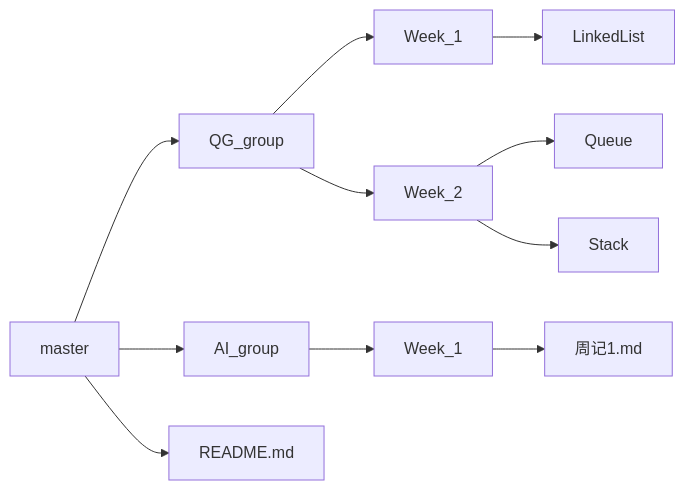
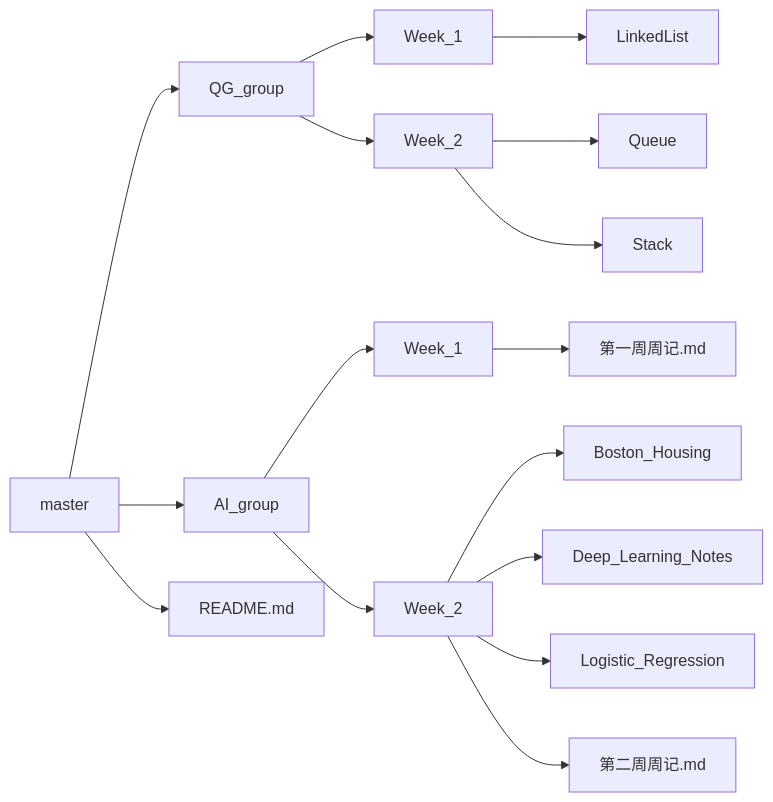
Before and after one commit to sevanthea7/QG_training_camp: the diagram in README.md, drawn with Mermaid.

````diff
--- a/README.md
+++ b/README.md
@@ -1,13 +1,18 @@
 ```mermaid
 graph LR
 master --> QG_group
 master --> AI_group
 master --> README.md
 QG_group --> 1[Week_1]
-QG_group --> Week_2
-Week_2 --> Queue
-Week_2 --> Stack
+QG_group --> 3[Week_2]
+3[Week_2] --> Queue
+3[Week_2] --> Stack
 1[Week_1] --> LinkedList
 AI_group --> 2[Week_1]
-2[Week_1] --> 周记1.md
+AI_group --> 4[Week_2]
+4[Week_2] --> Boston_Housing
+4[Week_2] --> Deep_Learning_Notes
+4[Week_2] --> Logistic_Regression
+4[Week_2] --> 第二周周记.md
+2[Week_1] --> 第一周周记.md
 ```
````
